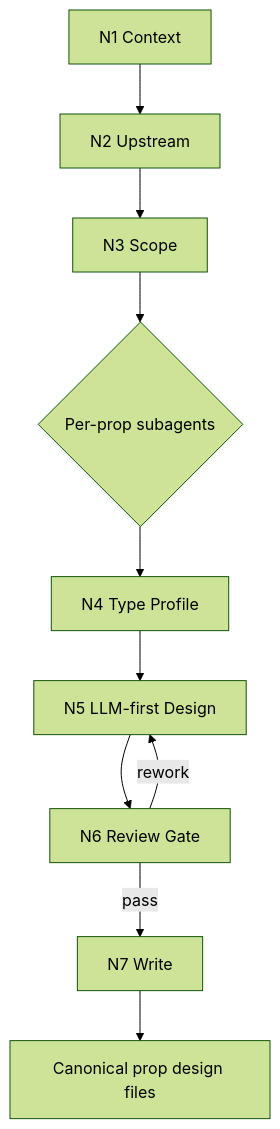
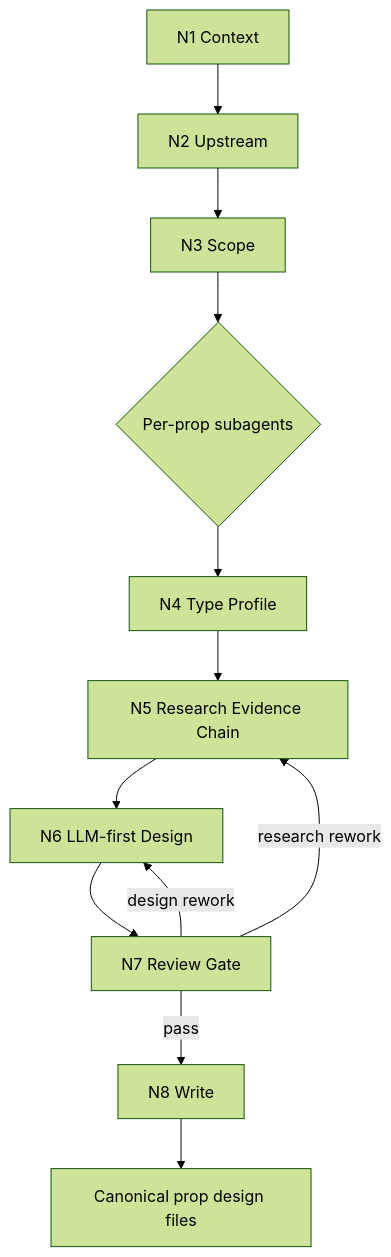
The diagram in .agents/skills/aigc/5-设计/道具/2-设计/steps/prop-design-workflow.md (ZEN-VOID/AI-CUT), drawn with Mermaid (forest theme) before and after one commit. The commit also changed other lines of this file and 526 other files, not shown here.

````diff
--- a/.agents/skills/aigc/5-设计/道具/2-设计/steps/prop-design-workflow.md
+++ b/.agents/skills/aigc/5-设计/道具/2-设计/steps/prop-design-workflow.md
@@ -39,12 +41,14 @@
 ```mermaid
 flowchart TD
     A["N1 Context"] --> B["N2 Upstream"]
     B --> C["N3 Scope"]
     C --> D{"Per-prop subagents"}
     D --> E["N4 Type Profile"]
-    E --> F["N5 LLM-first Design"]
-    F --> G["N6 Review Gate"]
-    G -->|"pass"| H["N7 Write"]
-    G -->|"rework"| F
-    H --> I["Canonical prop design files"]
+    E --> F["N5 Research Evidence Chain"]
+    F --> G["N6 LLM-first Design"]
+    G --> H["N7 Review Gate"]
+    H -->|"pass"| I["N8 Write"]
+    H -->|"research rework"| F
+    H -->|"design rework"| G
+    I --> J["Canonical prop design files"]
 ```
````
